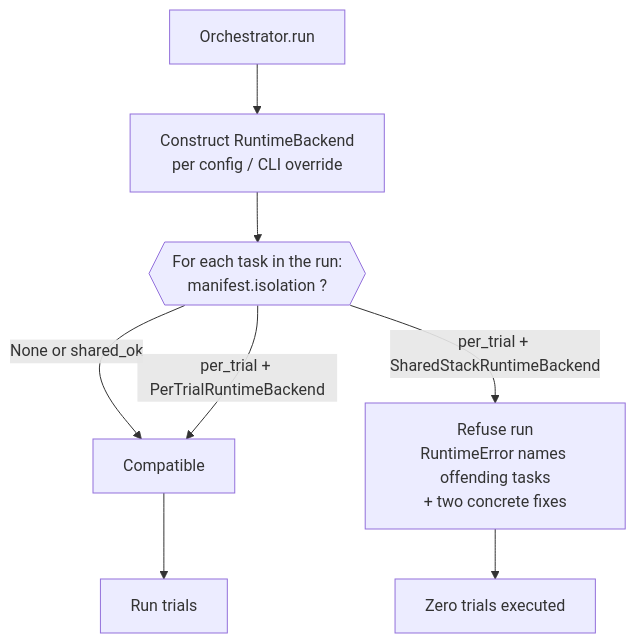
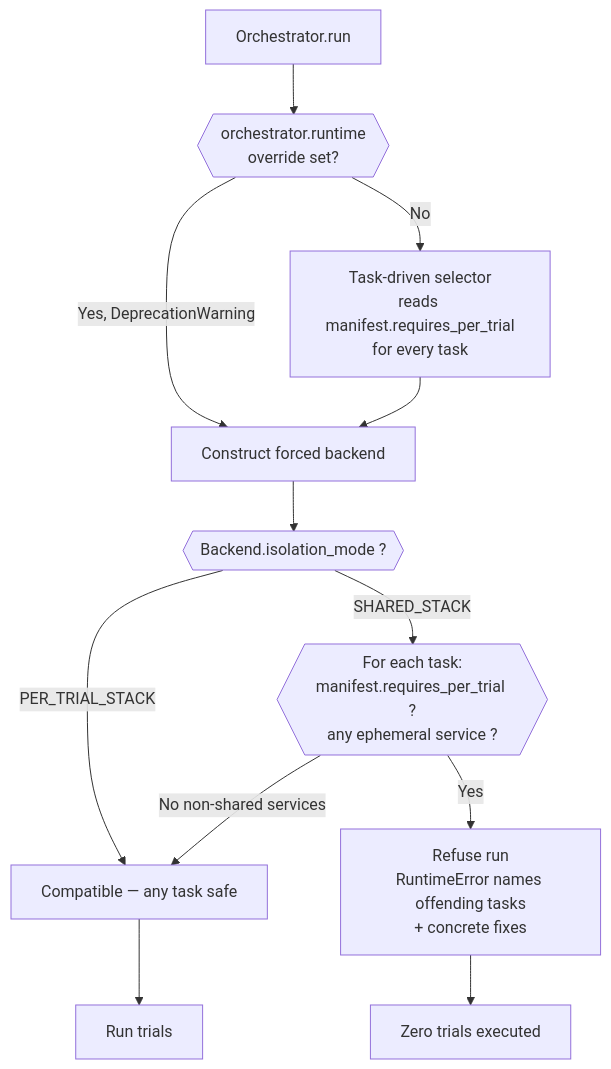
One commit to Toloka/tolokaforge changed the fourth of 4 diagrams in docs/architecture/RUNTIME_BACKENDS.md. Above: the diagram before and after it, drawn with Mermaid. The commit also changed other lines of this file and 33 other files, not shown here.

````diff
--- a/docs/architecture/RUNTIME_BACKENDS.md
+++ b/docs/architecture/RUNTIME_BACKENDS.md
@@ -269,10 +269,14 @@
 ```mermaid
 flowchart TD
-    Start[Orchestrator.run] --> Backend[Construct RuntimeBackend<br/>per config / CLI override]
-    Backend --> Check{{"For each task in the run:<br/>manifest.isolation ?"}}
-    Check -->|None or shared_ok| OK[Compatible]
-    Check -->|per_trial + PerTrialRuntimeBackend| OK
-    Check -->|per_trial + SharedStackRuntimeBackend| Refuse["Refuse run<br/>RuntimeError names offending tasks<br/>+ two concrete fixes"]
+    Start[Orchestrator.run] --> Select{{"orchestrator.runtime<br/>override set?"}}
+    Select -->|No| Task[Task-driven selector<br/>reads manifest.requires_per_trial<br/>for every task]
+    Select -->|Yes, DeprecationWarning| Backend[Construct forced backend]
+    Task --> Backend
+    Backend --> Check{{"Backend.isolation_mode ?"}}
+    Check -->|PER_TRIAL_STACK| OK[Compatible — any task safe]
+    Check -->|SHARED_STACK| Verify{{"For each task:<br/>manifest.requires_per_trial ?<br/>any ephemeral service ?"}}
+    Verify -->|No non-shared services| OK
+    Verify -->|Yes| Refuse["Refuse run<br/>RuntimeError names offending tasks<br/>+ concrete fixes"]
     OK --> Trials[Run trials]
     Refuse --> Stop[Zero trials executed]
 ```
````
